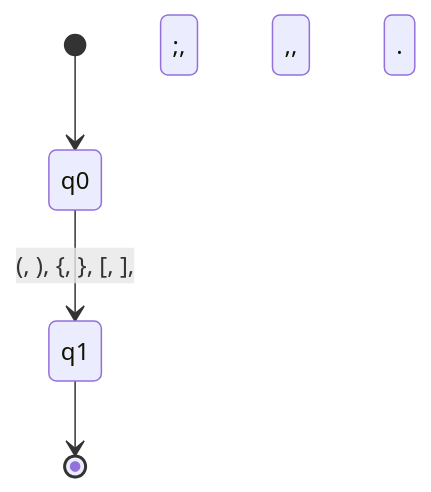
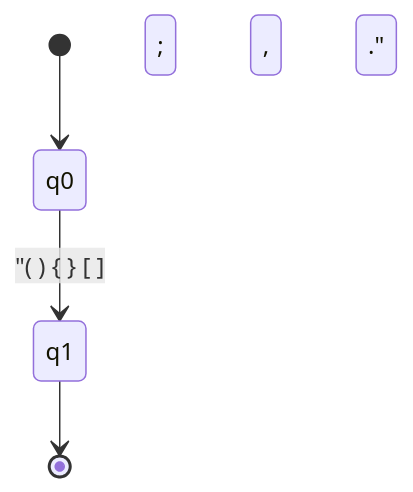
The diagram in lexer/AFDS/afd_delimiters.md (Raul-Mozart/Linguagem_SimplePoo), drawn with Mermaid before and after one commit. The commit also changed 1 other file, not shown here.

Commit message:
mermaids fixed 2

````diff
--- a/lexer/AFDS/afd_delimiters.md
+++ b/lexer/AFDS/afd_delimiters.md
@@ -1,6 +1,6 @@
 ```mermaid
 stateDiagram-v2
     [*] --> q0
-    q0 --> q1 : (, ), {, }, [, ], ;, ,, .
+    q0 --> q1 : "( ) { } [ ] ; , ."
     q1 --> [*]
 ```
````
